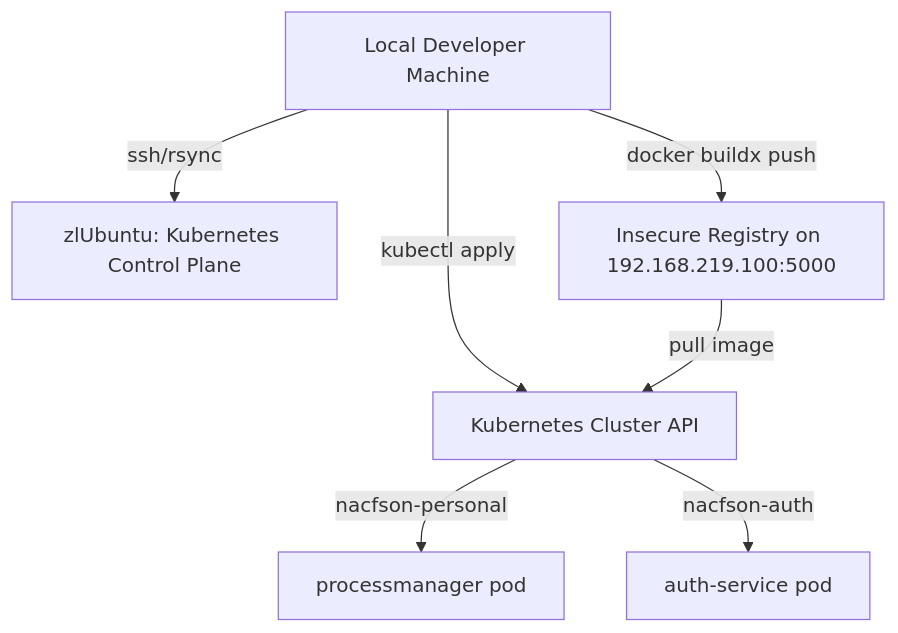
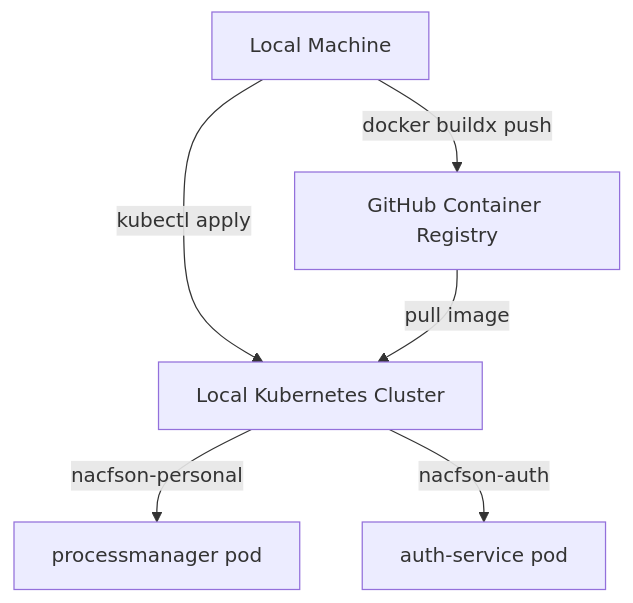
One commit to nacfson/ProcessManager changed the diagram in docs/superpowers/plans/2026-06-28-deploy-manager.md. Above: the diagram before and after it, drawn with Mermaid. The commit also changed other lines of this file and 2 other files, not shown here.

Commit message:
docs: remove remote cluster assumptions

````diff
--- a/docs/superpowers/plans/2026-06-28-deploy-manager.md
+++ b/docs/superpowers/plans/2026-06-28-deploy-manager.md
@@ -11,9 +11,8 @@
 ```mermaid
 graph TD
-    Local[Local Developer Machine] -->|ssh/rsync| zlUbuntu[zlUbuntu: Kubernetes Control Plane]
-    Local -->|docker buildx push| Registry[Insecure Registry on 192.168.219.100:5000]
-    Local -->|kubectl apply| K8sCluster[Kubernetes Cluster API]
-    Registry -->|pull image| K8sCluster
-    K8sCluster -->|nacfson-personal| PM[processmanager pod]
-    K8sCluster -->|nacfson-auth| Auth[auth-service pod]
+    localMachine[Local Machine] -->|docker buildx push| ghcr[GitHub Container Registry]
+    localMachine -->|kubectl apply| localCluster[Local Kubernetes Cluster]
+    ghcr -->|pull image| localCluster
+    localCluster -->|nacfson-personal| pm[processmanager pod]
+    localCluster -->|nacfson-auth| auth[auth-service pod]
 ```
````
